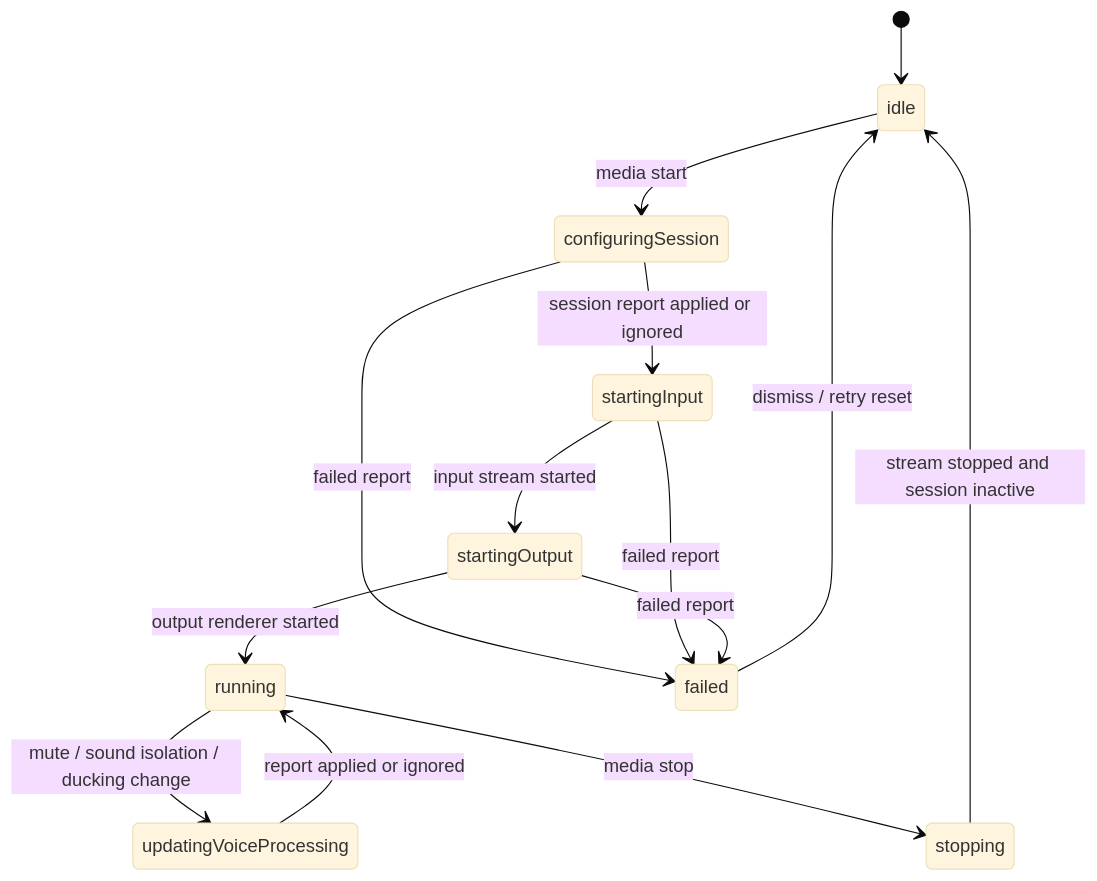
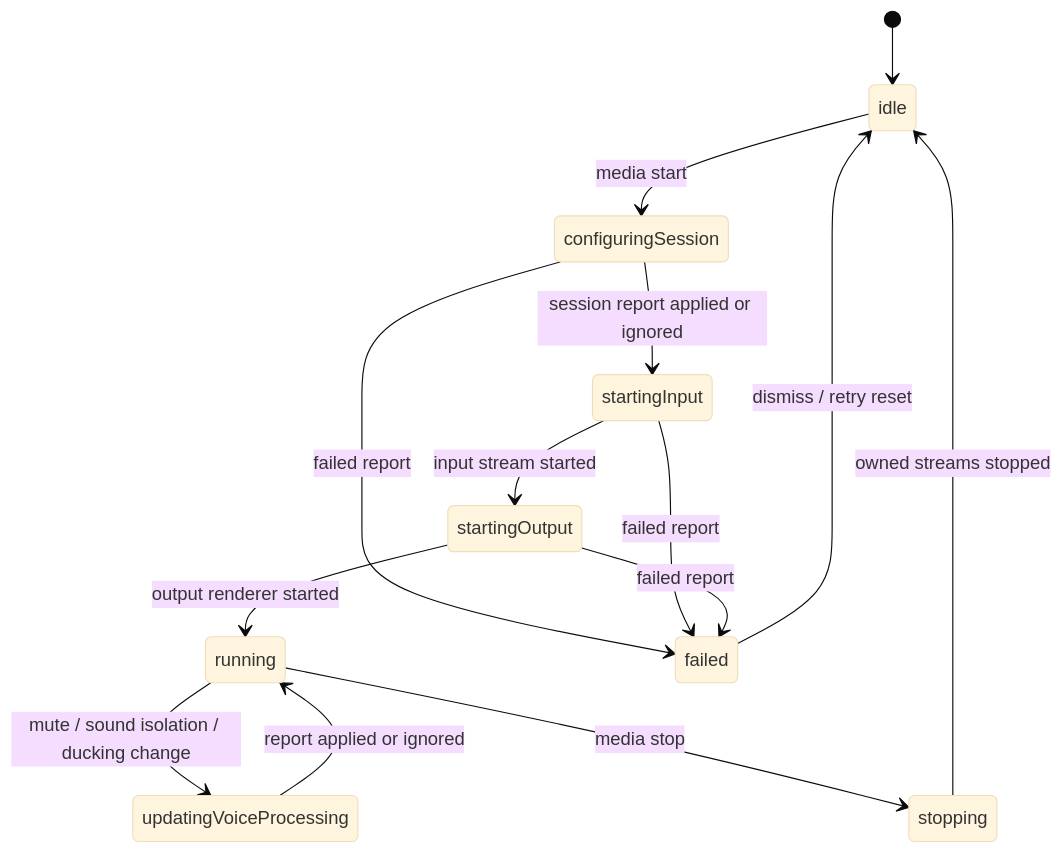
Before and after one commit to eroccowaruico/RideIntercom: the third of 6 diagrams in docs/spec/App/UI/画面・状態遷移.md, drawn with Mermaid (base theme). The commit also changed other lines of this file and 21 other files, not shown here.

````diff
--- a/docs/spec/App/UI/画面・状態遷移.md
+++ b/docs/spec/App/UI/画面・状態遷移.md
@@ -54,16 +54,16 @@
 ```mermaid
 stateDiagram-v2
     [*] --> idle
     idle --> configuringSession: media start
     configuringSession --> startingInput: session report applied or ignored
     startingInput --> startingOutput: input stream started
     startingOutput --> running: output renderer started
     running --> updatingVoiceProcessing: mute / sound isolation / ducking change
     updatingVoiceProcessing --> running: report applied or ignored
     running --> stopping: media stop
-    stopping --> idle: stream stopped and session inactive
+    stopping --> idle: owned streams stopped
     configuringSession --> failed: failed report
     startingInput --> failed: failed report
     startingOutput --> failed: failed report
     failed --> idle: dismiss / retry reset
 ```
````
